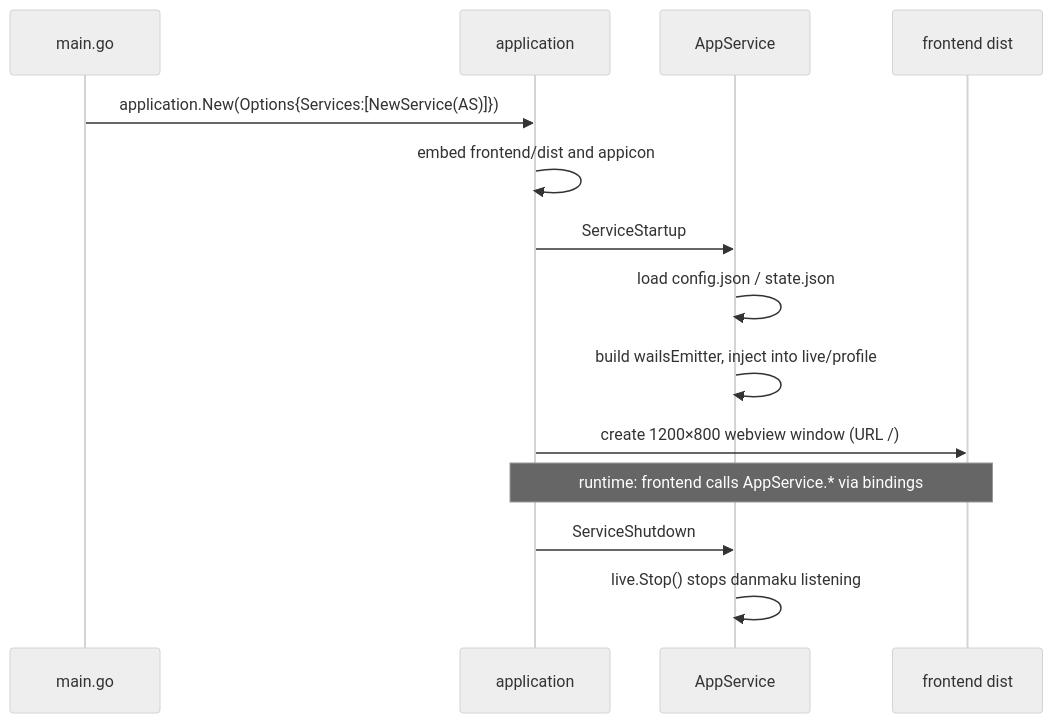
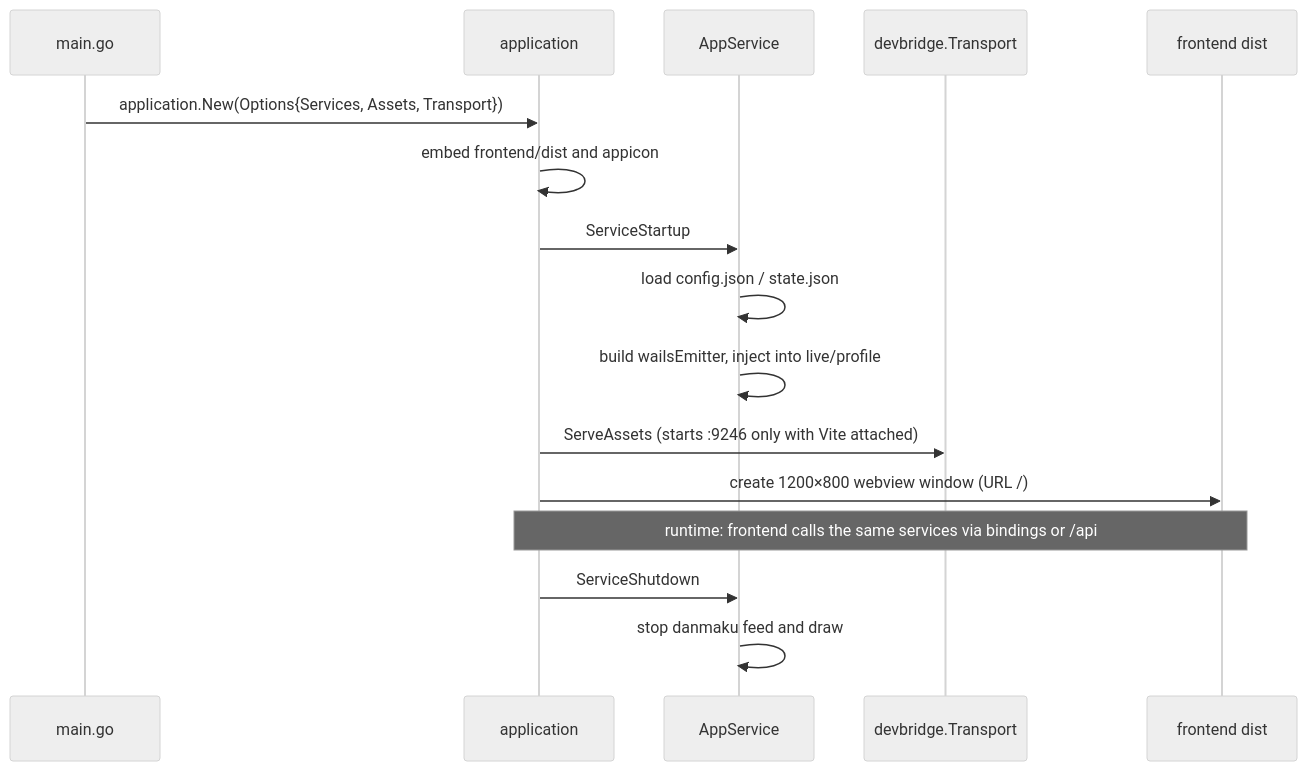
The first of 2 diagrams in docs/en/architecture/backend.md (aDarkMaker/BiliLuckyDraw), drawn with Mermaid (neutral theme) before and after one commit. The commit also changed other lines of this file and 30 other files, not shown here.

````diff
--- a/docs/en/architecture/backend.md
+++ b/docs/en/architecture/backend.md
@@ -7,17 +7,19 @@
 ```mermaid
 sequenceDiagram
     participant M as main.go
     participant A as application
     participant AS as AppService
+    participant BR as devbridge.Transport
     participant FS as frontend dist
 
-    M->>A: application.New(Options{Services:[NewService(AS)]})
+    M->>A: application.New(Options{Services, Assets, Transport})
     A->>A: embed frontend/dist and appicon
     A->>AS: ServiceStartup
     AS->>AS: load config.json / state.json
     AS->>AS: build wailsEmitter, inject into live/profile
+    A->>BR: ServeAssets (starts :9246 only with Vite attached)
     A->>FS: create 1200×800 webview window (URL /)
-    Note over A,FS: runtime: frontend calls AppService.* via bindings
+    Note over A,FS: runtime: frontend calls the same services via bindings or /api
     A->>AS: ServiceShutdown
-    AS->>AS: live.Stop() stops danmaku listening
+    AS->>AS: stop danmaku feed and draw
 ```
````
